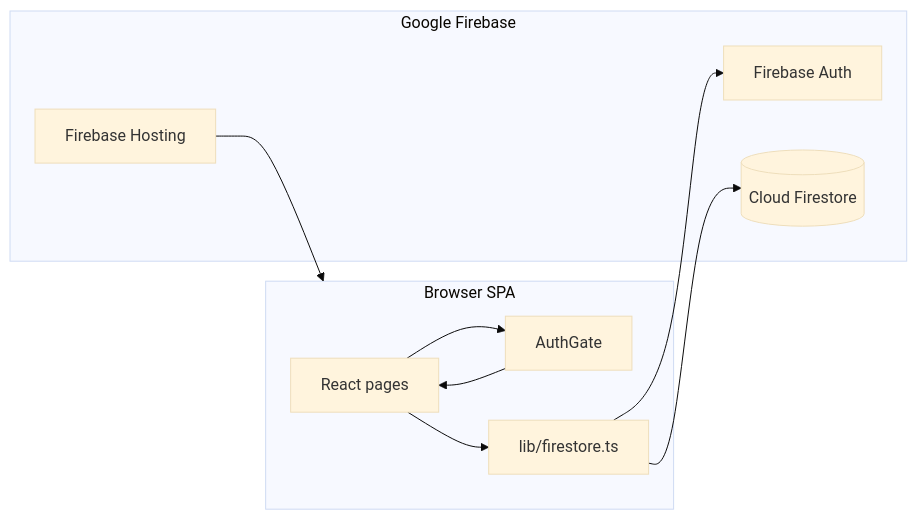
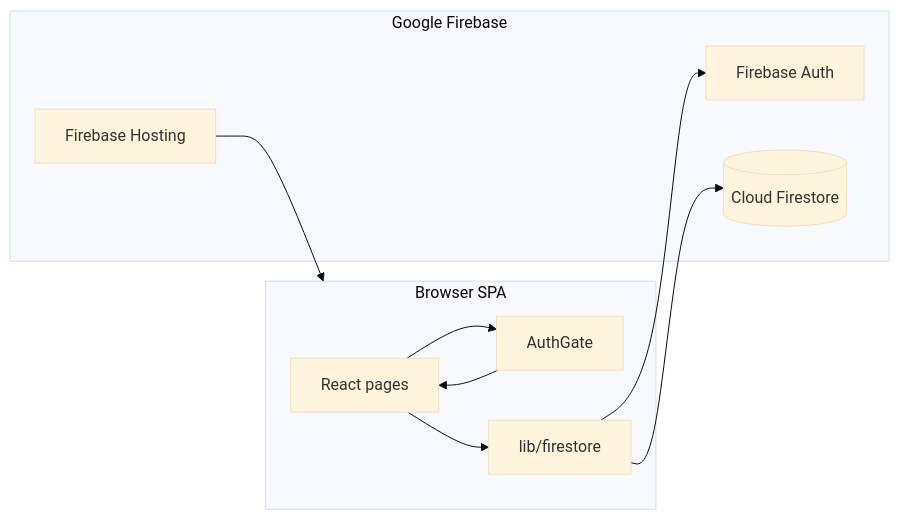
One commit to flutterdev-vinit/eventappadmin changed the diagram in README.md. Above: the diagram before and after it, drawn with Mermaid (base theme). The commit also changed other lines of this file and 29 other files, not shown here.

````diff
--- a/README.md
+++ b/README.md
@@ -24,19 +24,19 @@
 ```mermaid
 flowchart LR
   subgraph client [Browser SPA]
     UI[React pages]
     Gate[AuthGate]
-    FS[lib/firestore.ts]
+    FS[lib/firestore]
     UI --> Gate
     Gate --> UI
     UI --> FS
   end
   subgraph firebase [Google Firebase]
     Auth[Firebase Auth]
     Firestore[(Cloud Firestore)]
     Host[Firebase Hosting]
   end
   FS --> Auth
   FS --> Firestore
   Host --> client
 ```
````
